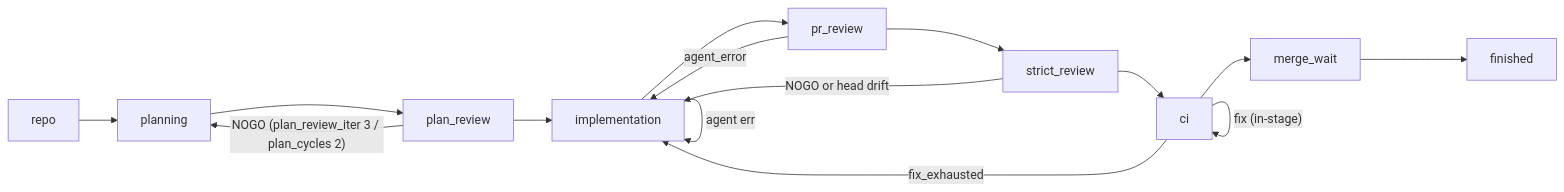
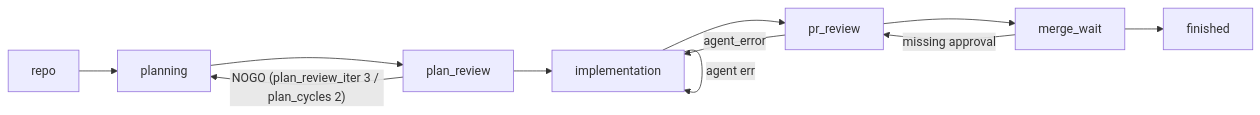
One commit to HomericIntelligence/Hephaestus changed the diagram in docs/AUTOMATION_LOOP_ARCHITECTURE.md. Above: the diagram before and after it, drawn with Mermaid. The commit also changed other lines of this file and 146 other files, not shown here.

````diff
--- a/docs/AUTOMATION_LOOP_ARCHITECTURE.md
+++ b/docs/AUTOMATION_LOOP_ARCHITECTURE.md
@@ -36,10 +37,8 @@
 ```mermaid
 flowchart LR
-  repo --> planning --> plan_review --> implementation --> pr_review --> strict_review --> ci --> merge_wait --> finished
+  repo --> planning --> plan_review --> implementation --> pr_review --> merge_wait --> finished
   plan_review -- "NOGO (plan_review_iter 3 / plan_cycles 2)" --> planning
   implementation -- "agent err" --> implementation
   pr_review -- "agent_error" --> implementation
-  strict_review -- "NOGO or head drift" --> implementation
-  ci -- "fix (in-stage)" --> ci
-  ci -- "fix_exhausted" --> implementation
+  merge_wait -- "missing approval" --> pr_review
 ```
````
